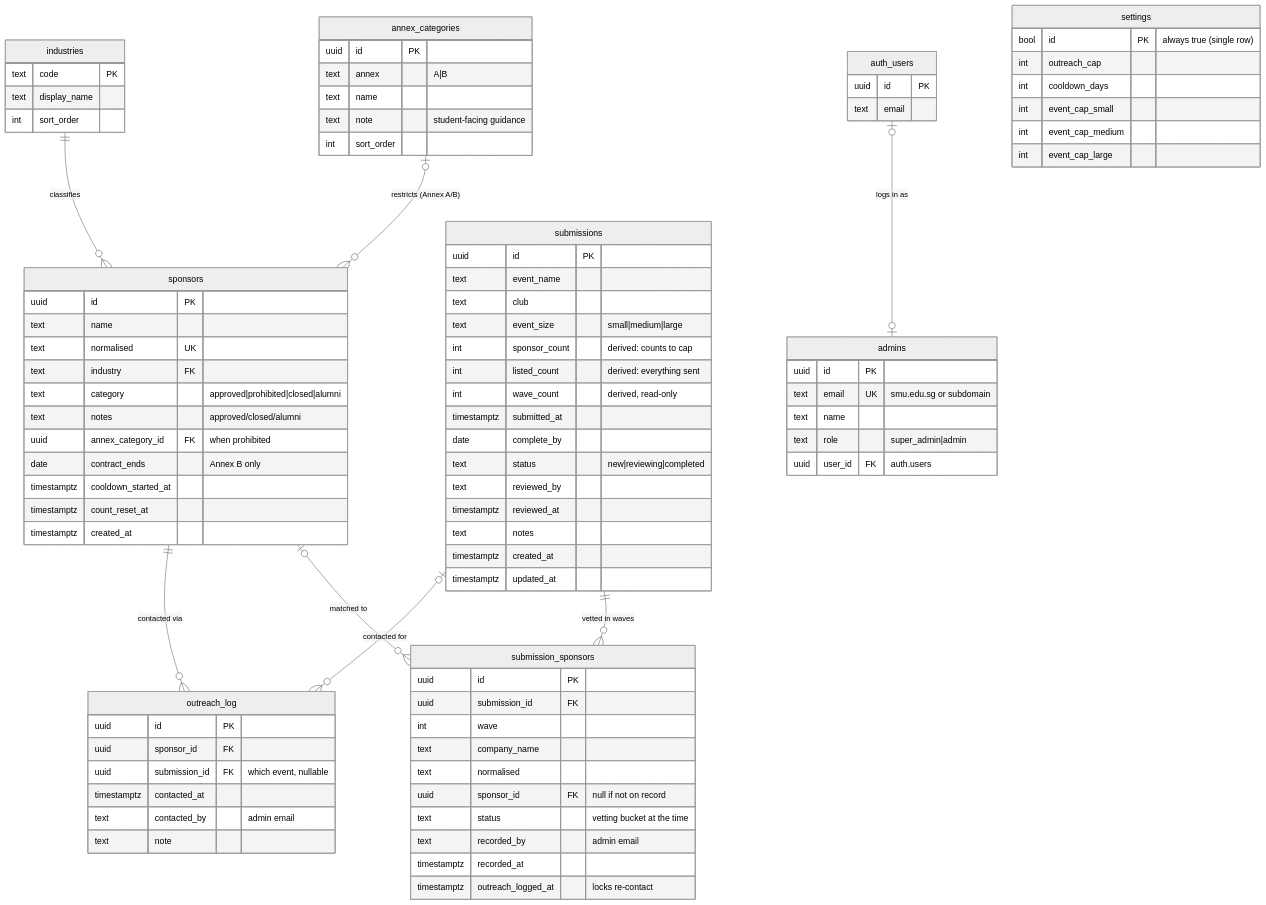
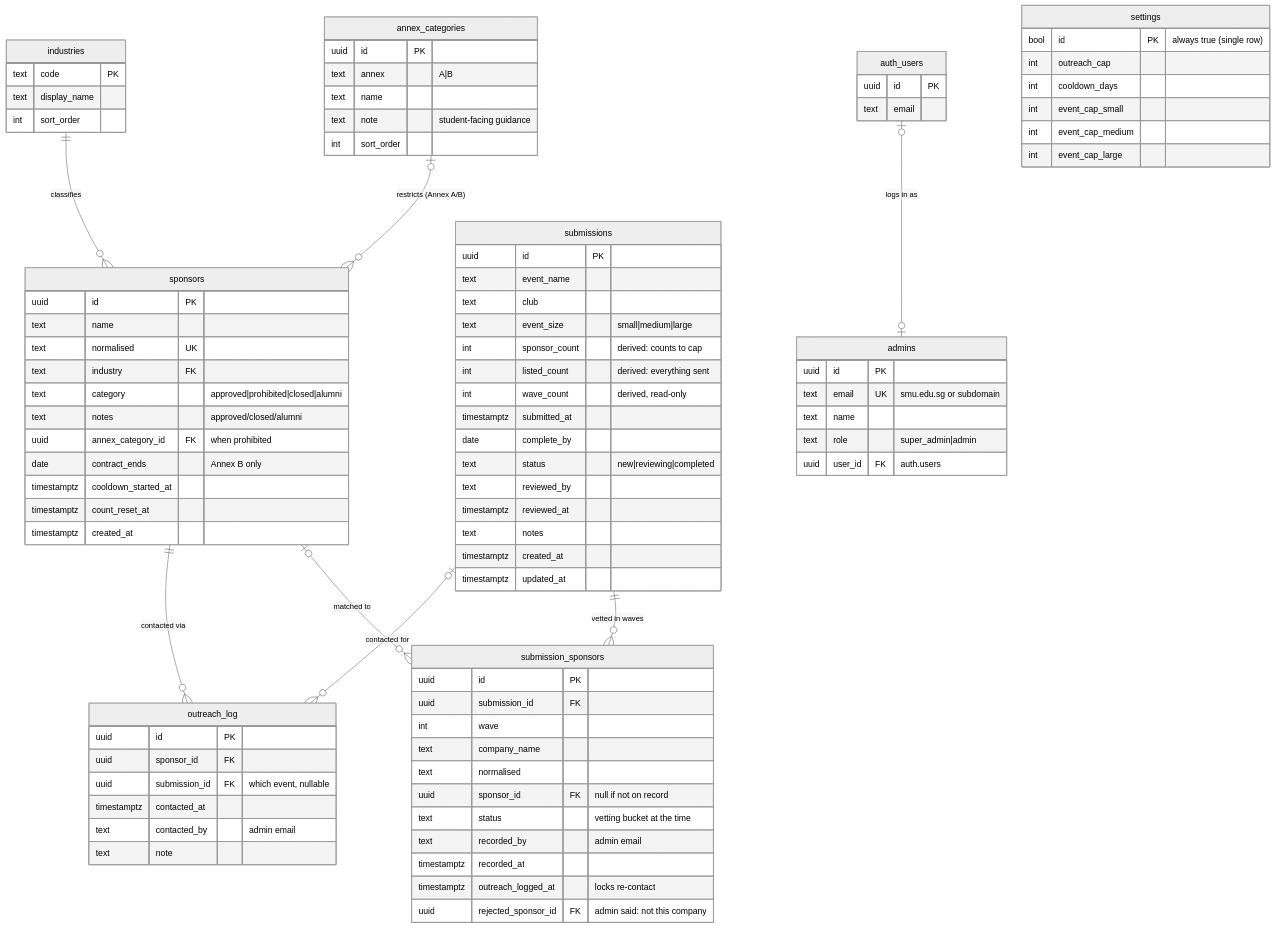
The diagram in supabase/DATABASE_GUIDE.md (triciaaleee/BIZCOM-SponsorCheck), drawn with Mermaid (neutral theme) before and after one commit. The commit also changed other lines of this file and 6 other files, not shown here.

```diff
--- a/supabase/DATABASE_GUIDE.md
+++ b/supabase/DATABASE_GUIDE.md
@@ -302,6 +302,7 @@
         text recorded_by "admin email"
         timestamptz recorded_at
         timestamptz outreach_logged_at "locks re-contact"
+        uuid rejected_sponsor_id FK "admin said: not this company"
     }
     admins {
         uuid id PK
```
